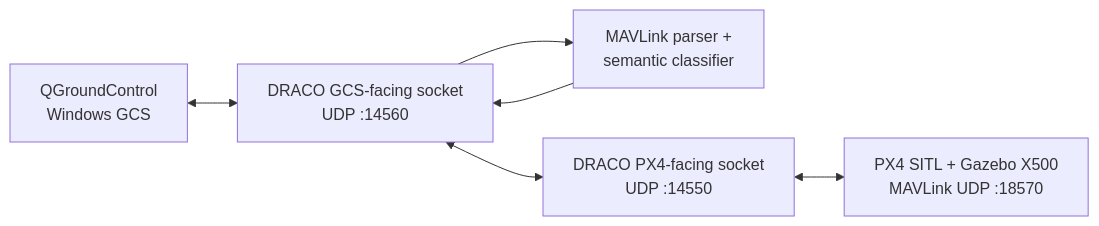
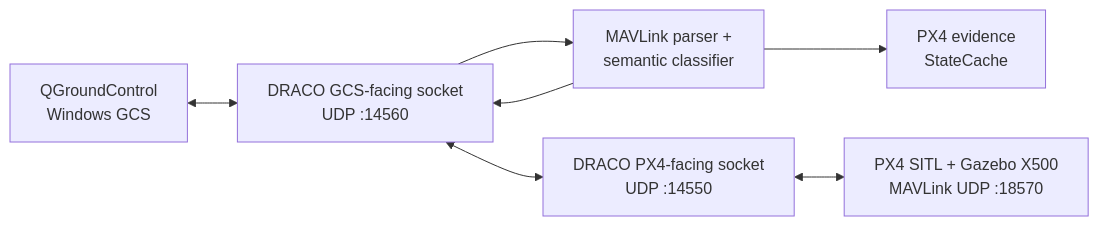
Before and after one commit to Niranjan-Chenna/draco-uav-security: the diagram in README.md, drawn with Mermaid. The commit also changed other lines of this file, not shown here.

Commit message:
Document Phase 3 trusted PX4 evidence layer

````diff
--- a/README.md
+++ b/README.md
@@ -19,14 +20,16 @@
 ```mermaid
 flowchart LR
     QGC["QGroundControl<br/>Windows GCS"]
     GCS["DRACO GCS-facing socket<br/>UDP :14560"]
     PARSER["MAVLink parser +<br/>semantic classifier"]
+    CACHE["PX4 evidence<br/>StateCache"]
     PX4SIDE["DRACO PX4-facing socket<br/>UDP :14550"]
     PX4["PX4 SITL + Gazebo X500<br/>MAVLink UDP :18570"]
 
     QGC <--> GCS
     GCS --> PARSER
     PARSER --> GCS
+    PARSER --> CACHE
     GCS <--> PX4SIDE
     PX4SIDE <--> PX4
 ```
````
